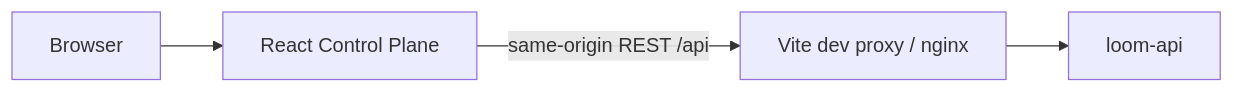
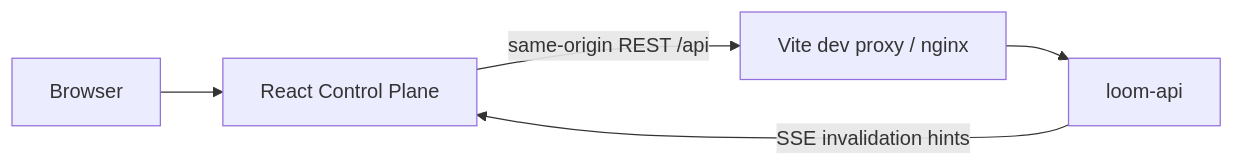
Before and after one commit to tarunkishore2303/conductor: the first of 10 diagrams in README.md, drawn with Mermaid. The commit also changed other lines of this file and 18 other files, not shown here.

````diff
--- a/README.md
+++ b/README.md
@@ -46,6 +51,7 @@
 ```mermaid
 flowchart LR
     Browser --> UI[React Control Plane]
     UI -->|same-origin REST /api| Proxy[Vite dev proxy / nginx]
     Proxy --> API[loom-api]
+    API -->|SSE invalidation hints| UI
 ```
````
